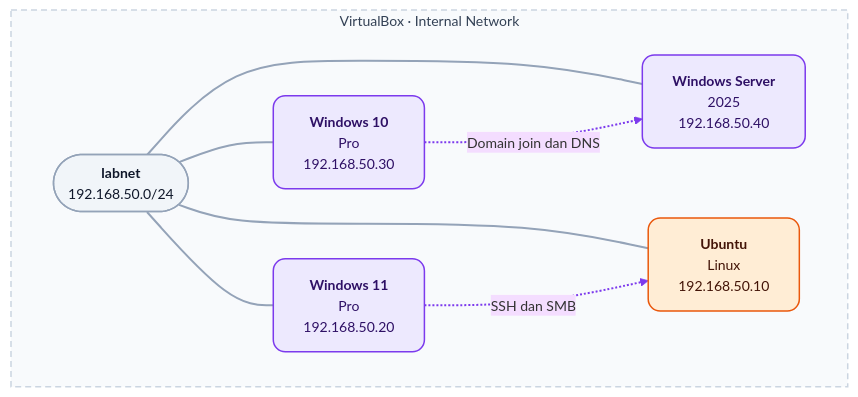
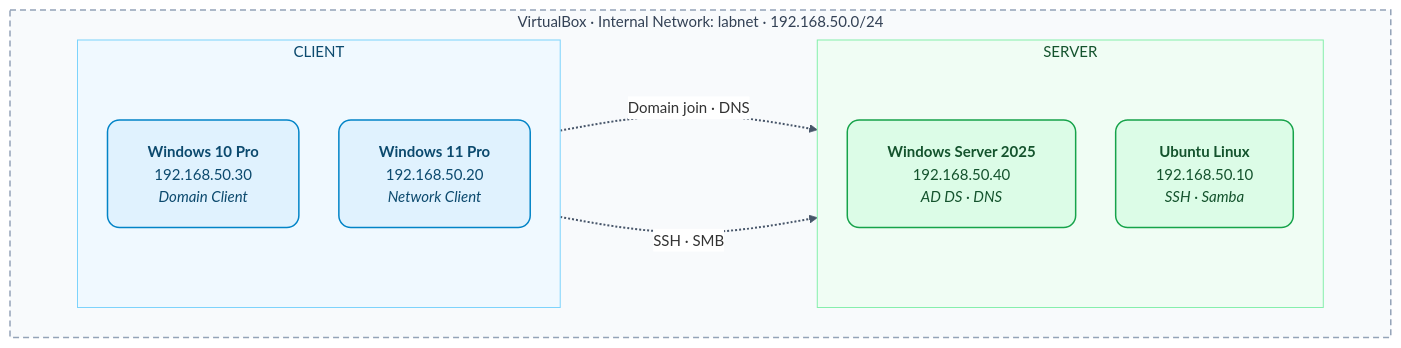
One commit to Irfanrahmatf/infra-homelab changed the diagram in COMMAND.md. Above: the diagram before and after it, drawn with Mermaid.

````diff
--- a/COMMAND.md
+++ b/COMMAND.md
@@ -12,33 +12,34 @@
 ```mermaid
-%%{init: {"theme": "base", "flowchart": {"curve": "basis", "nodeSpacing": 50, "rankSpacing": 60}, "themeVariables": {"fontFamily": "Inter, Segoe UI, sans-serif", "fontSize": "14px", "lineColor": "#94a3b8", "clusterBkg": "#f8fafc", "clusterBorder": "#cbd5e1"}}}%%
-flowchart TB
-    subgraph LAB["VirtualBox · Internal Network"]
-        NET(["<b>labnet</b><br/>192.168.50.0/24"])
-
-        W10["<b>Windows 10</b><br/>Pro<br/>192.168.50.30"]
-        DC["<b>Windows Server</b><br/>2025<br/>192.168.50.40"]
-        W11["<b>Windows 11</b><br/>Pro<br/>192.168.50.20"]
-        UB["<b>Ubuntu</b><br/>Linux<br/>192.168.50.10"]
-
-        NET --- W10
-        NET --- DC
-        NET --- W11
-        NET --- UB
-
-        W10 -.->|"Domain join dan DNS"| DC
-        W11 -.->|"SSH dan SMB"| UB
+%%{init: {"theme": "base", "flowchart": {"curve": "basis", "nodeSpacing": 40, "rankSpacing": 110, "padding": 20}, "themeVariables": {"fontFamily": "Inter, Segoe UI, Roboto, sans-serif", "fontSize": "15px", "lineColor": "#64748b", "edgeLabelBackground": "#ffffff"}}}%%
+flowchart LR
+    subgraph LAB["VirtualBox · Internal Network: labnet · 192.168.50.0/24"]
+        direction LR
+ 
+        subgraph CLIENT["CLIENT"]
+            direction TB
+            W10["<b>Windows 10 Pro</b><br/>192.168.50.30<br/><i>Domain Client</i>"]
+            W11["<b>Windows 11 Pro</b><br/>192.168.50.20<br/><i>Network Client</i>"]
+        end
+ 
+        subgraph SERVER["SERVER"]
+            direction TB
+            DC["<b>Windows Server 2025</b><br/>192.168.50.40<br/><i>AD DS · DNS</i>"]
+            UB["<b>Ubuntu Linux</b><br/>192.168.50.10<br/><i>SSH · Samba</i>"]
+        end
     end
-
-    classDef net fill:#f1f5f9,stroke:#94a3b8,stroke-width:1.5px,color:#0f172a,rx:20,ry:20
-    classDef win fill:#ede9fe,stroke:#7c3aed,stroke-width:1.5px,color:#2e1065,rx:12,ry:12
-    classDef lin fill:#ffedd5,stroke:#ea580c,stroke-width:1.5px,color:#431407,rx:12,ry:12
-
-    class NET net
-    class W10,DC,W11 win
-    class UB lin
-
-    style LAB fill:#f8fafc,stroke:#cbd5e1,stroke-width:1.5px,stroke-dasharray:6 4,color:#334155
-
-    linkStyle 0,1,2,3 stroke:#94a3b8,stroke-width:2px
-    linkStyle 4,5 stroke:#7c3aed,stroke-width:2px
+ 
+    W10 -.->|"Domain join · DNS"| DC
+    W11 -.->|"SSH · SMB"| UB
+ 
+    classDef client fill:#e0f2fe,stroke:#0284c7,stroke-width:1.5px,color:#0c4a6e,rx:12,ry:12
+    classDef server fill:#dcfce7,stroke:#16a34a,stroke-width:1.5px,color:#14532d,rx:12,ry:12
+ 
+    class W10,W11 client
+    class DC,UB server
+ 
+    style LAB fill:#f8fafc,stroke:#94a3b8,stroke-width:1.5px,stroke-dasharray:6 4,color:#334155
+    style CLIENT fill:#f0f9ff,stroke:#7dd3fc,stroke-width:1px,color:#0c4a6e
+    style SERVER fill:#f0fdf4,stroke:#86efac,stroke-width:1px,color:#14532d
+ 
+    linkStyle 0,1 stroke:#475569,stroke-width:2px
 ```
````
